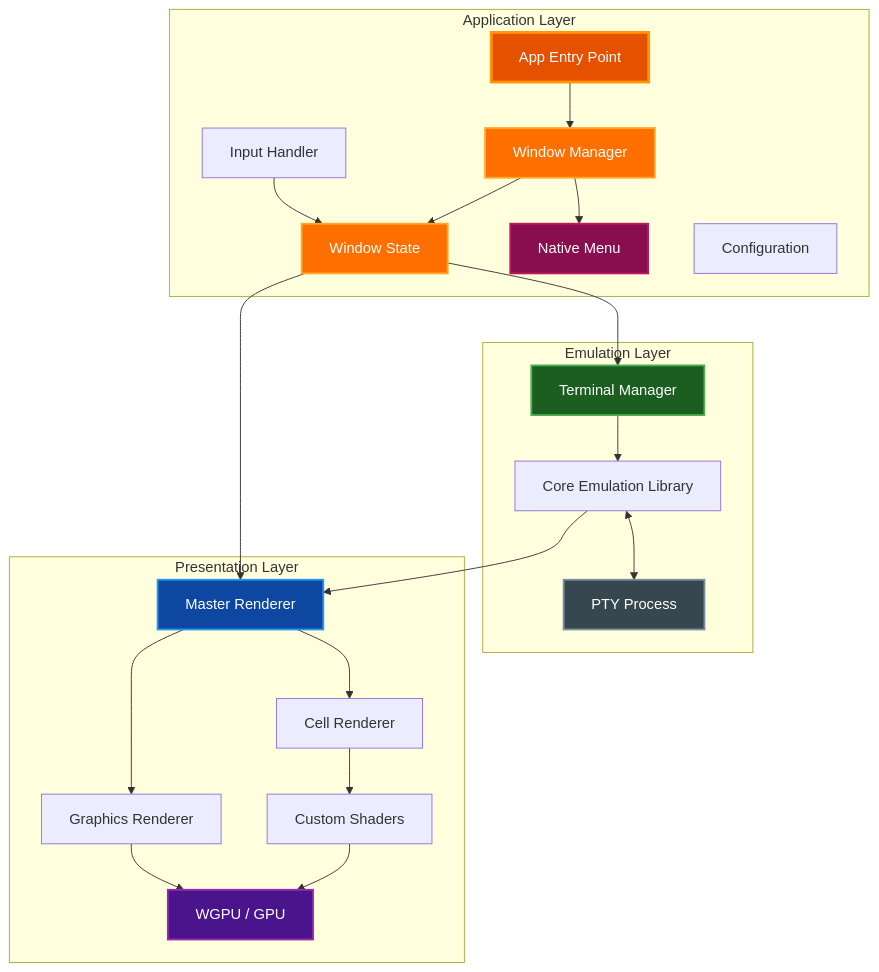
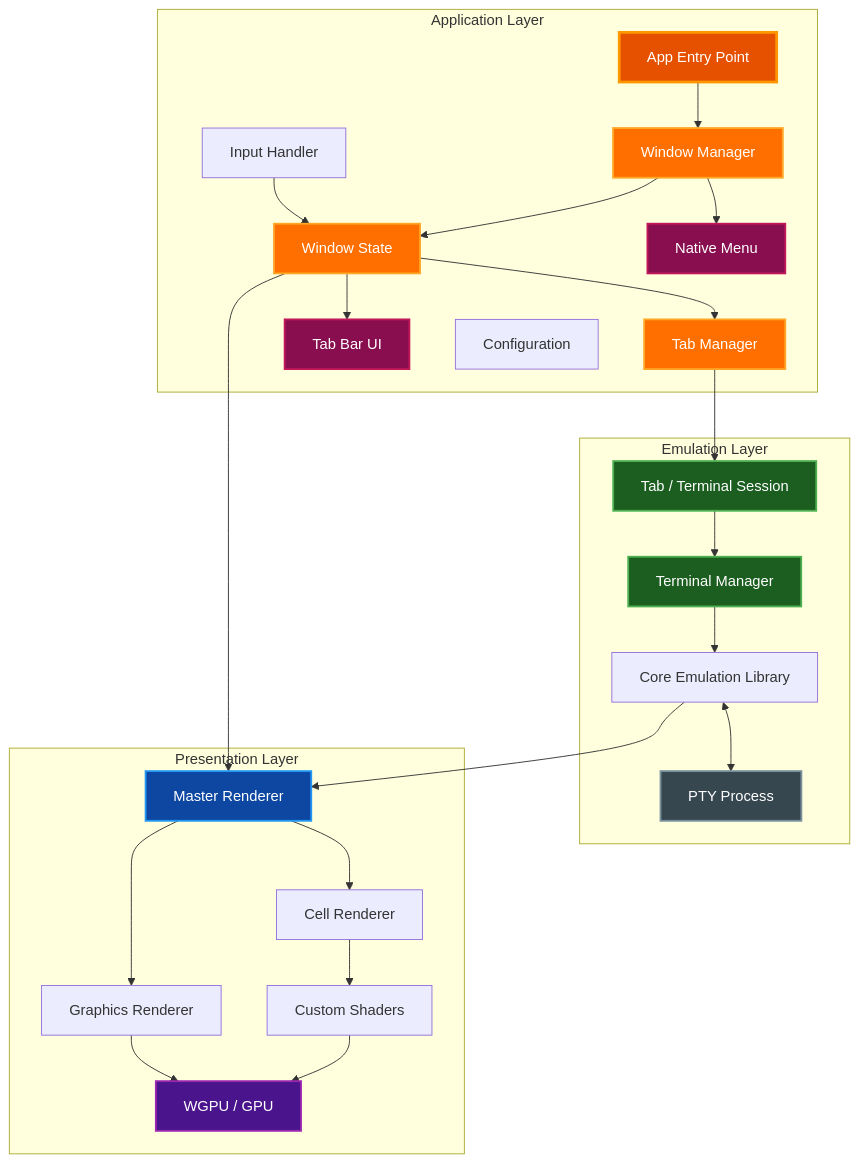
Before and after one commit to paulrobello/par-term: the first of 2 diagrams in docs/ARCHITECTURE.md, drawn with Mermaid. The commit also changed other lines of this file and 32 other files, not shown here.

````diff
--- a/docs/ARCHITECTURE.md
+++ b/docs/ARCHITECTURE.md
@@ -31,49 +31,58 @@
 ```mermaid
 graph TB
     subgraph "Application Layer"
         App[App Entry Point]
         WM[Window Manager]
         WS[Window State]
+        TabMgr[Tab Manager]
+        TabUI[Tab Bar UI]
         Menu[Native Menu]
         Input[Input Handler]
         Config[Configuration]
     end
 
     subgraph "Emulation Layer"
+        Tab[Tab / Terminal Session]
         TM[Terminal Manager]
         Core[Core Emulation Library]
         PTY[PTY Process]
     end
 
     subgraph "Presentation Layer"
         Renderer[Master Renderer]
         CellRender[Cell Renderer]
         GraphicRender[Graphics Renderer]
         Shader[Custom Shaders]
         GPU[WGPU / GPU]
     end
 
     App --> WM
     WM --> WS
     WM --> Menu
     Input --> WS
-    WS --> TM
+    WS --> TabMgr
+    WS --> TabUI
+    TabMgr --> Tab
+    Tab --> TM
     WS --> Renderer
     TM --> Core
     Core <--> PTY
     Core --> Renderer
     Renderer --> CellRender
     Renderer --> GraphicRender
     CellRender --> Shader
     Shader --> GPU
     GraphicRender --> GPU
 
     style App fill:#e65100,stroke:#ff9800,stroke-width:3px,color:#ffffff
     style WM fill:#ff6f00,stroke:#ffa726,stroke-width:2px,color:#ffffff
     style WS fill:#ff6f00,stroke:#ffa726,stroke-width:2px,color:#ffffff
+    style TabMgr fill:#ff6f00,stroke:#ffa726,stroke-width:2px,color:#ffffff
+    style TabUI fill:#880e4f,stroke:#c2185b,stroke-width:2px,color:#ffffff
     style Menu fill:#880e4f,stroke:#c2185b,stroke-width:2px,color:#ffffff
+    style Tab fill:#1b5e20,stroke:#4caf50,stroke-width:2px,color:#ffffff
     style TM fill:#1b5e20,stroke:#4caf50,stroke-width:2px,color:#ffffff
     style Renderer fill:#0d47a1,stroke:#2196f3,stroke-width:2px,color:#ffffff
     style PTY fill:#37474f,stroke:#78909c,stroke-width:2px,color:#ffffff
     style GPU fill:#4a148c,stroke:#9c27b0,stroke-width:2px,color:#ffffff
 ```
````
